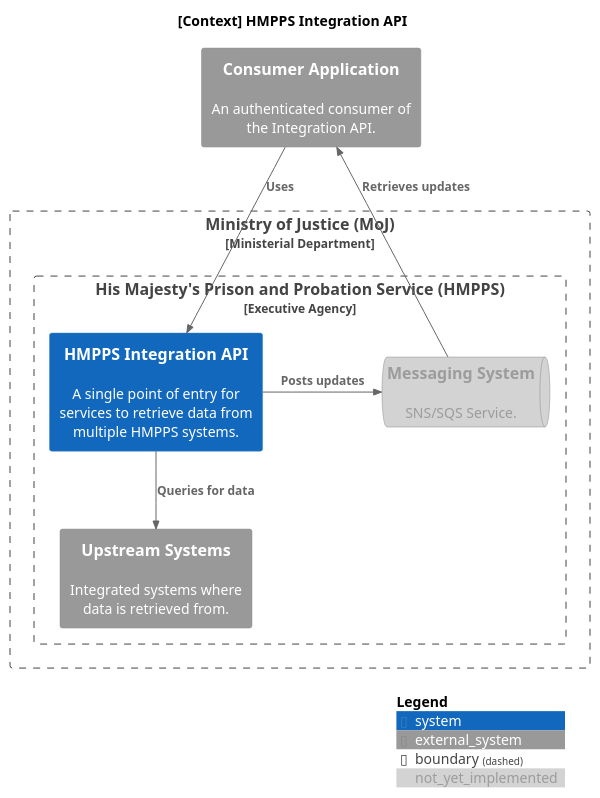
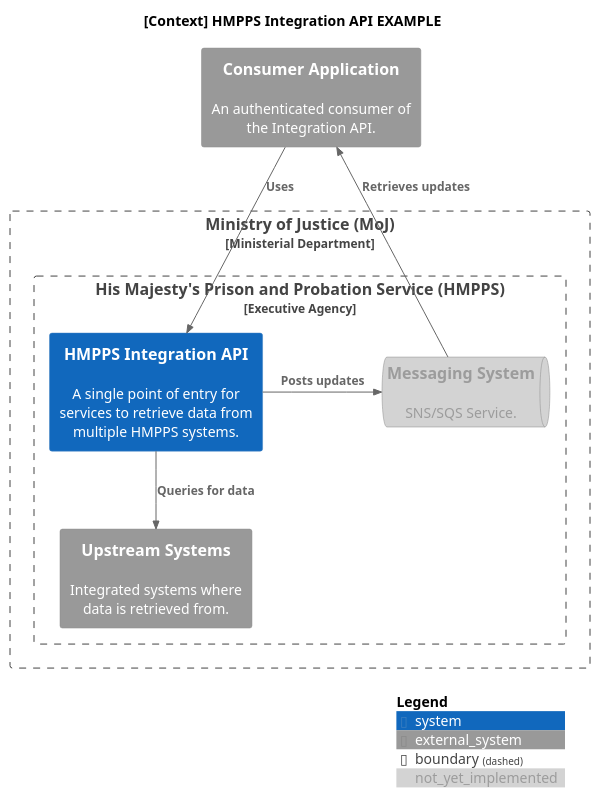
One commit to ministryofjustice/hmpps-integration-api changed the diagram in docs/diagrams/context.puml. Above: the diagram before and after it, drawn with PlantUML.

Commit message:
Update context diagram as an example of before

```diff
--- a/docs/diagrams/context.puml
+++ b/docs/diagrams/context.puml
@@ -1,30 +1,30 @@
 @startuml context
 
 !include https://raw.githubusercontent.com/plantuml-stdlib/C4-PlantUML/master/C4_Context.puml
 
 skinparam linetype polyline
 
-title [Context] HMPPS Integration API
+title [Context] HMPPS Integration API EXAMPLE
 
 AddElementTag("not_yet_implemented", $bgColor="#D3D3D3", $fontColor="#9C9C9C")
 
 System_Ext(consumer, "Consumer Application", "An authenticated consumer of the Integration API.")
 
 Boundary(moj, "Ministry of Justice (MoJ)", "Ministerial Department") {
   Boundary(hmpps, "His Majesty's Prison and Probation Service (HMPPS)", "Executive Agency") {
     System(hmpps_integration_api, "HMPPS Integration API", "A single point of entry for services to retrieve data from multiple HMPPS systems.")
 
     SystemQueue_Ext(messaging, "Messaging System", "SNS/SQS Service.",$tags="not_yet_implemented")
 
     System_Ext(upstream, "Upstream Systems", "Integrated systems where data is retrieved from.")
   }
 }
 
 Rel_Down(consumer, hmpps_integration_api, "Uses")
 Rel_Right(hmpps_integration_api, messaging, "Posts updates")
 Rel_Up(messaging, consumer, "Retrieves updates")
 Rel(hmpps_integration_api, upstream, "Queries for data")
 
 SHOW_DYNAMIC_LEGEND()
 
 @enduml
```
